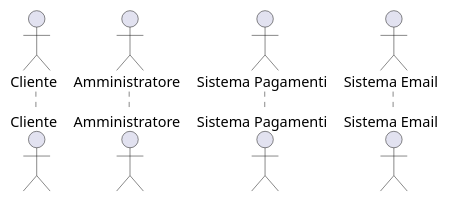
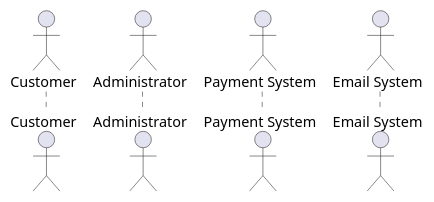
Before and after one commit to Seniorsimo/sas-template: the eighth of 21 diagrams in 03-behavioral-diagrams/use-case-diagrams/README.md, drawn with PlantUML. The commit also changed other lines of this file and 49 other files, not shown here.

````diff
--- a/03-behavioral-diagrams/use-case-diagrams/README.md
+++ b/03-behavioral-diagrams/use-case-diagrams/README.md
@@ -71,9 +71,9 @@
 ```plantuml
-' Attori Primari (esterni, a sinistra)
-actor "Cliente" as Customer
-actor "Amministratore" as Admin
+' Primary Actors (external, on the left)
+actor "Customer" as Customer
+actor "Administrator" as Admin
 
-' Attori Secondari (sistemi, a destra)  
-actor "Sistema Pagamenti" as PaymentSys
-actor "Sistema Email" as EmailSys
+' Secondary Actors (systems, on the right)
+actor "Payment System" as PaymentSys
+actor "Email System" as EmailSys
 ```
````
